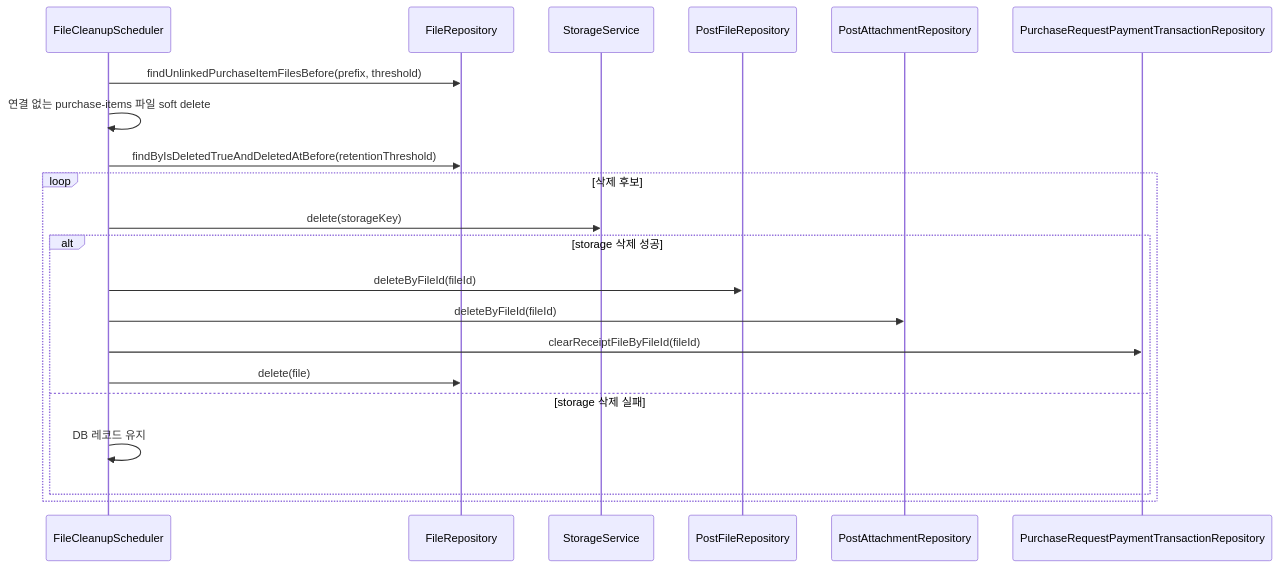
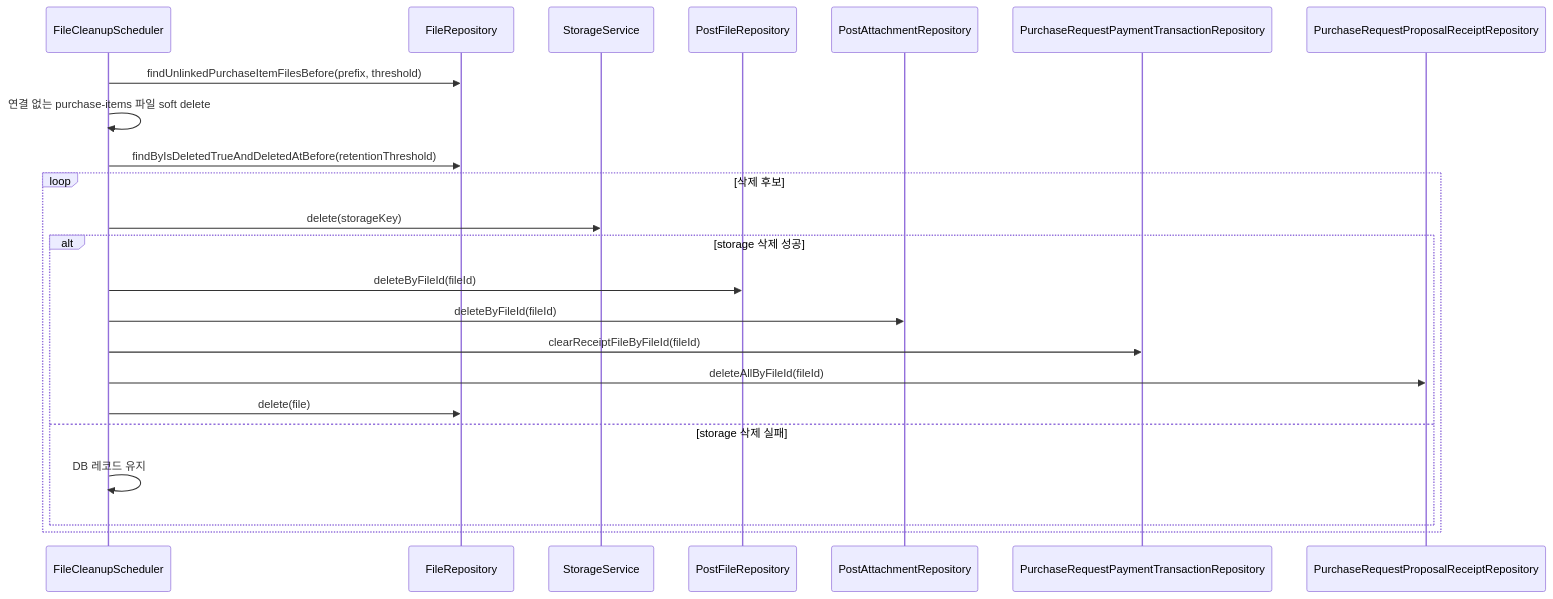
Before and after one commit to Geumjeongyahak/Backend: the third of 3 diagrams in docs/api/PurchaseRequests.md, drawn with Mermaid. The commit also changed other lines of this file and 4 other files, not shown here.

````diff
--- a/docs/api/PurchaseRequests.md
+++ b/docs/api/PurchaseRequests.md
@@ -124,24 +124,26 @@
 ```mermaid
 sequenceDiagram
     participant Scheduler as FileCleanupScheduler
     participant FileRepo as FileRepository
     participant Storage as StorageService
     participant PostFile as PostFileRepository
     participant PostAttachment as PostAttachmentRepository
     participant TxRepo as PurchaseRequestPaymentTransactionRepository
+    participant ProposalReceiptRepo as PurchaseRequestProposalReceiptRepository
 
     Scheduler->>FileRepo: findUnlinkedPurchaseItemFilesBefore(prefix, threshold)
     Scheduler->>Scheduler: 연결 없는 purchase-items 파일 soft delete
     Scheduler->>FileRepo: findByIsDeletedTrueAndDeletedAtBefore(retentionThreshold)
     loop 삭제 후보
         Scheduler->>Storage: delete(storageKey)
         alt storage 삭제 성공
             Scheduler->>PostFile: deleteByFileId(fileId)
             Scheduler->>PostAttachment: deleteByFileId(fileId)
             Scheduler->>TxRepo: clearReceiptFileByFileId(fileId)
+            Scheduler->>ProposalReceiptRepo: deleteAllByFileId(fileId)
             Scheduler->>FileRepo: delete(file)
         else storage 삭제 실패
             Scheduler->>Scheduler: DB 레코드 유지
         end
     end
 ```
````
